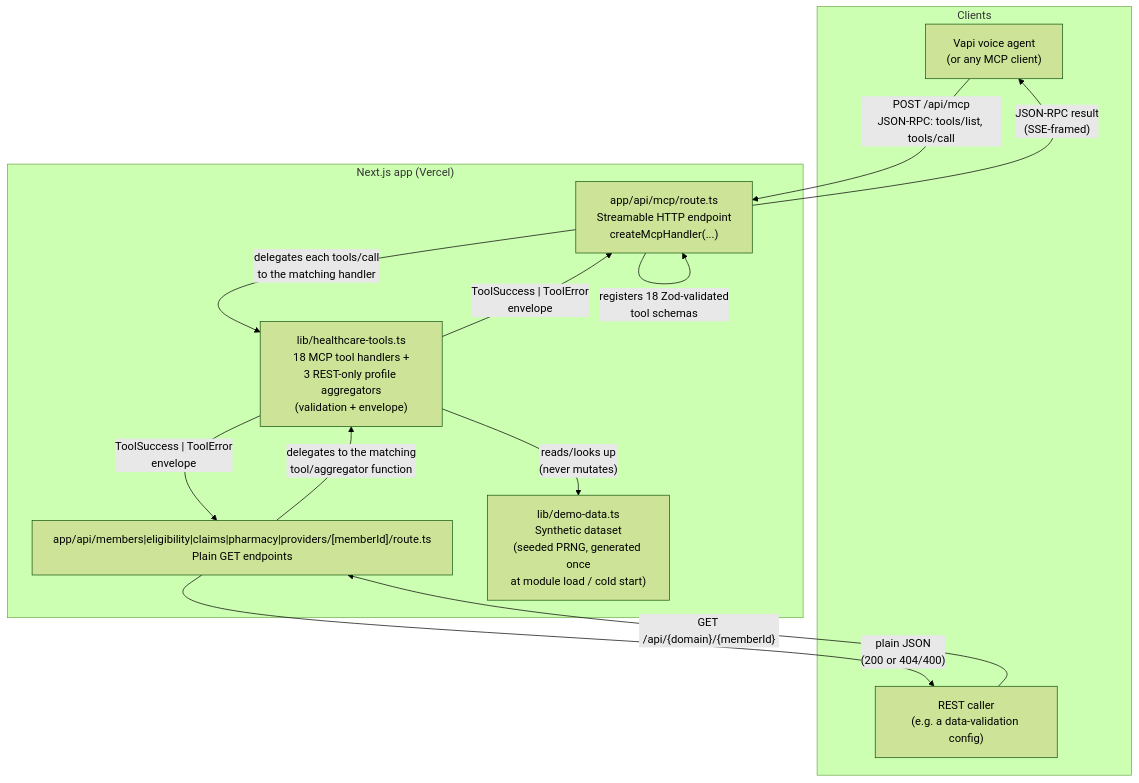
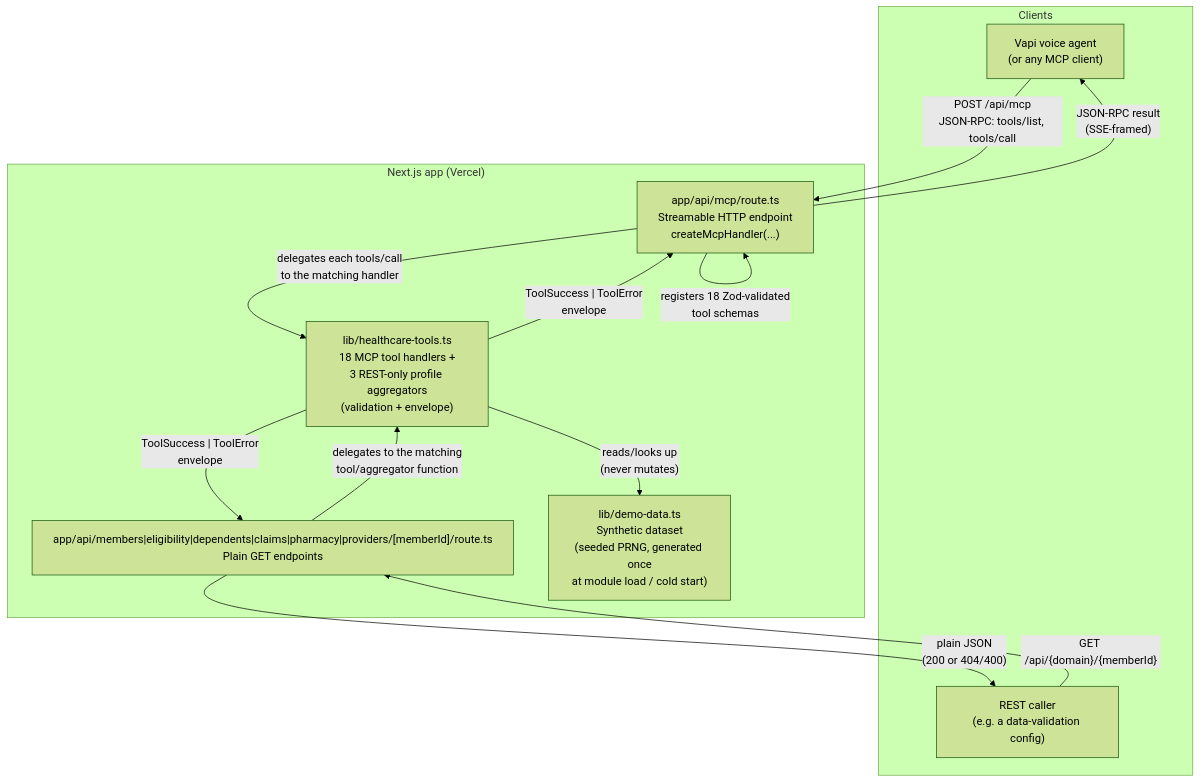
The diagram in README.md (alif-laam-Meem/healthcare-mock-mcp), drawn with Mermaid (forest theme) before and after one commit. The commit also changed other lines of this file and 2 other files, not shown here.

First line of the commit message:
Add REST GET /api/dependents/{memberId}; remove redundant provider_* config mappings

````diff
--- a/README.md
+++ b/README.md
@@ -45,25 +45,25 @@
 ```mermaid
 flowchart TB
     subgraph Clients["Clients"]
         Vapi["Vapi voice agent\n(or any MCP client)"]
         REST["REST caller\n(e.g. a data-validation config)"]
     end
 
     subgraph Server["Next.js app (Vercel)"]
         Route["app/api/mcp/route.ts\nStreamable HTTP endpoint\ncreateMcpHandler(...)"]
-        RestRoutes["app/api/members|eligibility|claims|pharmacy|providers/[memberId]/route.ts\nPlain GET endpoints"]
+        RestRoutes["app/api/members|eligibility|dependents|claims|pharmacy|providers/[memberId]/route.ts\nPlain GET endpoints"]
         Tools["lib/healthcare-tools.ts\n18 MCP tool handlers +\n3 REST-only profile aggregators\n(validation + envelope)"]
         Data["lib/demo-data.ts\nSynthetic dataset\n(seeded PRNG, generated once\nat module load / cold start)"]
     end
 
     Vapi -- "POST /api/mcp\nJSON-RPC: tools/list, tools/call" --> Route
     Route -- "registers 18 Zod-validated\ntool schemas" --> Route
     Route -- "delegates each tools/call\nto the matching handler" --> Tools
     REST -- "GET /api/{domain}/{memberId}" --> RestRoutes
     RestRoutes -- "delegates to the matching\ntool/aggregator function" --> Tools
     Tools -- "reads/looks up\n(never mutates)" --> Data
     Tools -- "ToolSuccess | ToolError\nenvelope" --> Route
     Tools -- "ToolSuccess | ToolError\nenvelope" --> RestRoutes
     Route -- "JSON-RPC result\n(SSE-framed)" --> Vapi
     RestRoutes -- "plain JSON\n(200 or 404/400)" --> REST
 ```
````
